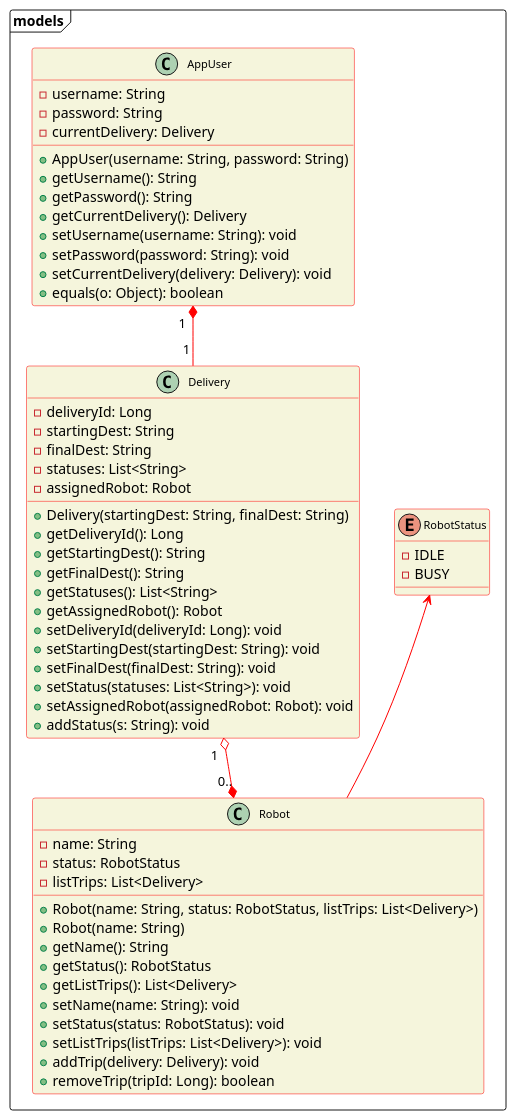
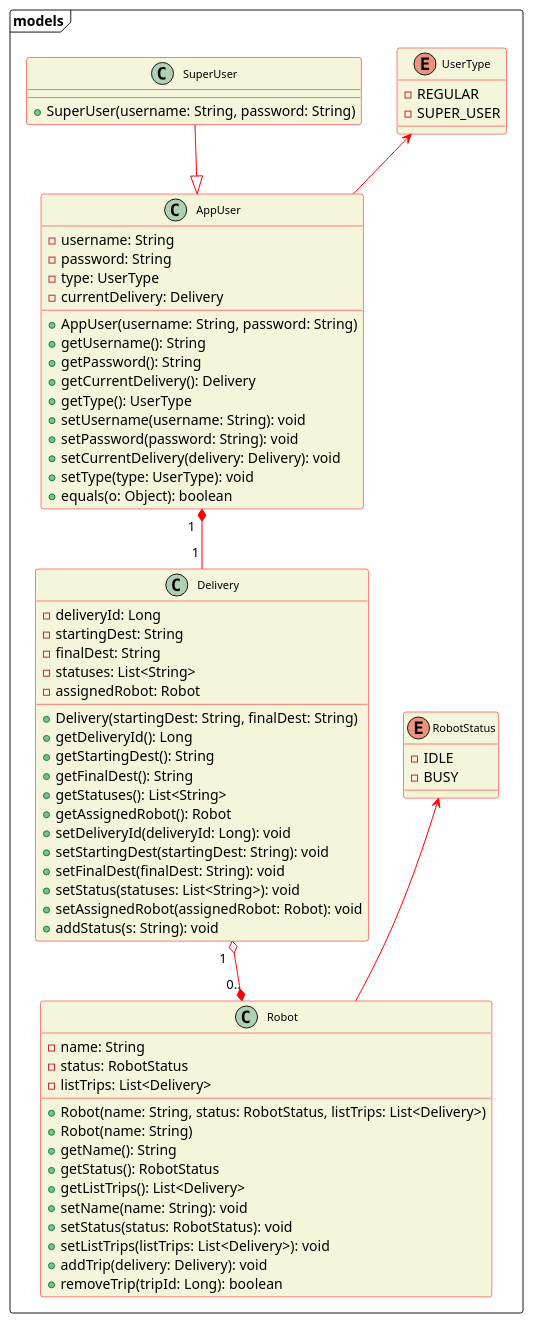
Before and after one commit to bardia-p/carleton-mail-delivery-robot: the diagram in diagrams/src/plantuml_files/UML_diagram.plantuml, drawn with PlantUML. The commit also changed 8 other files, not shown here.

Commit message:
Added U_TURN to the state machine diagrams and updated the UML and ER.

```diff
--- a/diagrams/src/plantuml_files/UML_diagram.plantuml
+++ b/diagrams/src/plantuml_files/UML_diagram.plantuml
@@ -1,72 +1,86 @@
 @startuml UML_diagram
 skinparam classFontSize 11
 skinparam classBackgroundColor beige
 skinparam ClassBorderColor red
 skinparam ArrowColor red
 
 
 package "models" <<frame>> {
 
     class "AppUser" {
         - username: String
         - password: String
+        - type: UserType
         - currentDelivery: Delivery
         + AppUser(username: String, password: String)
         + getUsername(): String
         + getPassword(): String
         + getCurrentDelivery(): Delivery
+        + getType(): UserType
         + setUsername(username: String): void
         + setPassword(password: String): void
         + setCurrentDelivery(delivery: Delivery): void
+        + setType(type: UserType): void
         + equals(o: Object): boolean
+    }
+
+    class "SuperUser" {
+        + SuperUser(username: String, password: String)
+    }
+
+    enum "UserType" {
+        - REGULAR
+        - SUPER_USER
     }
 
     class "Robot" {
         - name: String
         - status: RobotStatus
         - listTrips: List<Delivery>
         + Robot(name: String, status: RobotStatus, listTrips: List<Delivery>)
         + Robot(name: String)
         + getName(): String
         + getStatus(): RobotStatus
         + getListTrips(): List<Delivery>
         + setName(name: String): void
         + setStatus(status: RobotStatus): void
         + setListTrips(listTrips: List<Delivery>): void
         + addTrip(delivery: Delivery): void
         + removeTrip(tripId: Long): boolean
     }
 
 
     enum "RobotStatus" {
         - IDLE
         - BUSY
     }
 
     class "Delivery" {
         - deliveryId: Long
         - startingDest: String
         - finalDest: String
         - statuses: List<String>
         - assignedRobot: Robot
         + Delivery(startingDest: String, finalDest: String)
         + getDeliveryId(): Long
         + getStartingDest(): String
         + getFinalDest(): String
         + getStatuses(): List<String>
         + getAssignedRobot(): Robot
         + setDeliveryId(deliveryId: Long): void
         + setStartingDest(startingDest: String): void
         + setFinalDest(finalDest: String): void
         + setStatus(statuses: List<String>): void
         + setAssignedRobot(assignedRobot: Robot): void
         + addStatus(s: String): void
     }
 }
 
 ' Relationship arrows
 "Robot" -up-> "RobotStatus"
 
 "Delivery" "1  " o--* "0.." "Robot"
 "AppUser" "1  " *-- "1 " "Delivery"
+"AppUser" -up-> "UserType"
+"SuperUser" --|> "AppUser"
 @enduml
```
